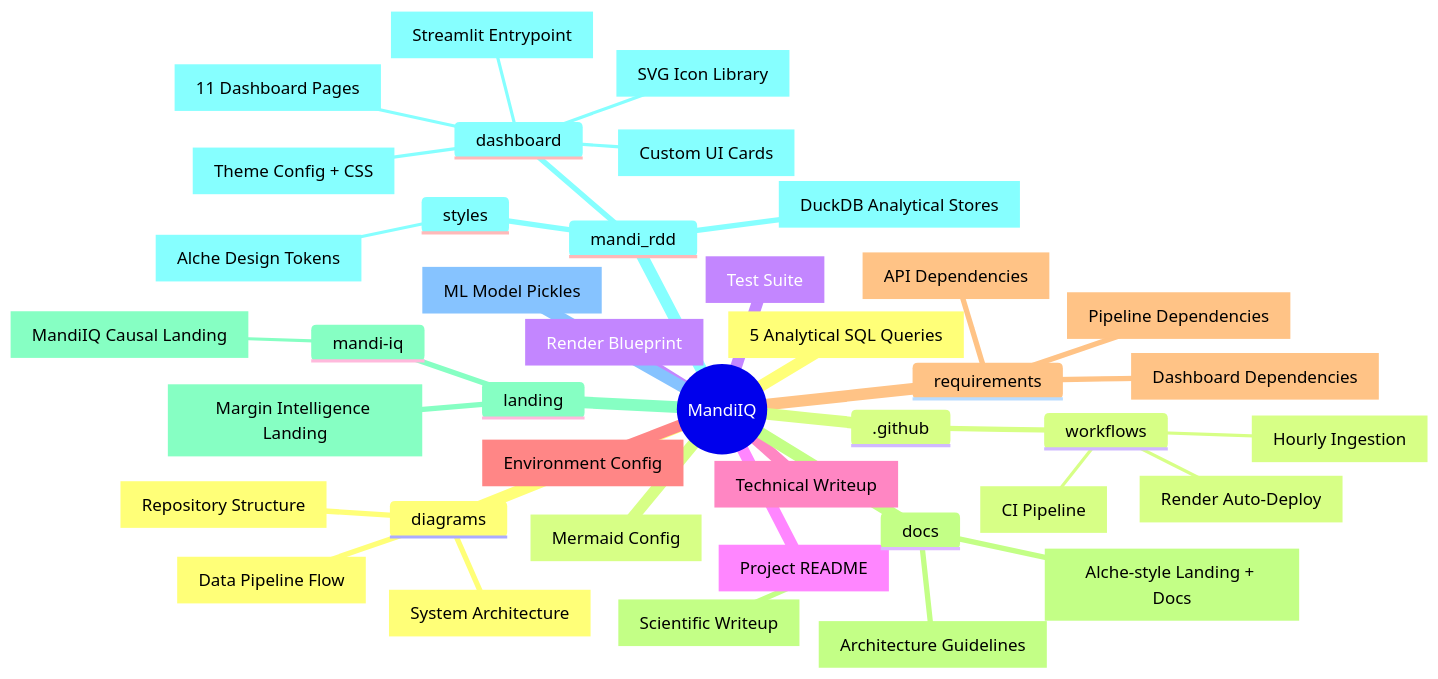
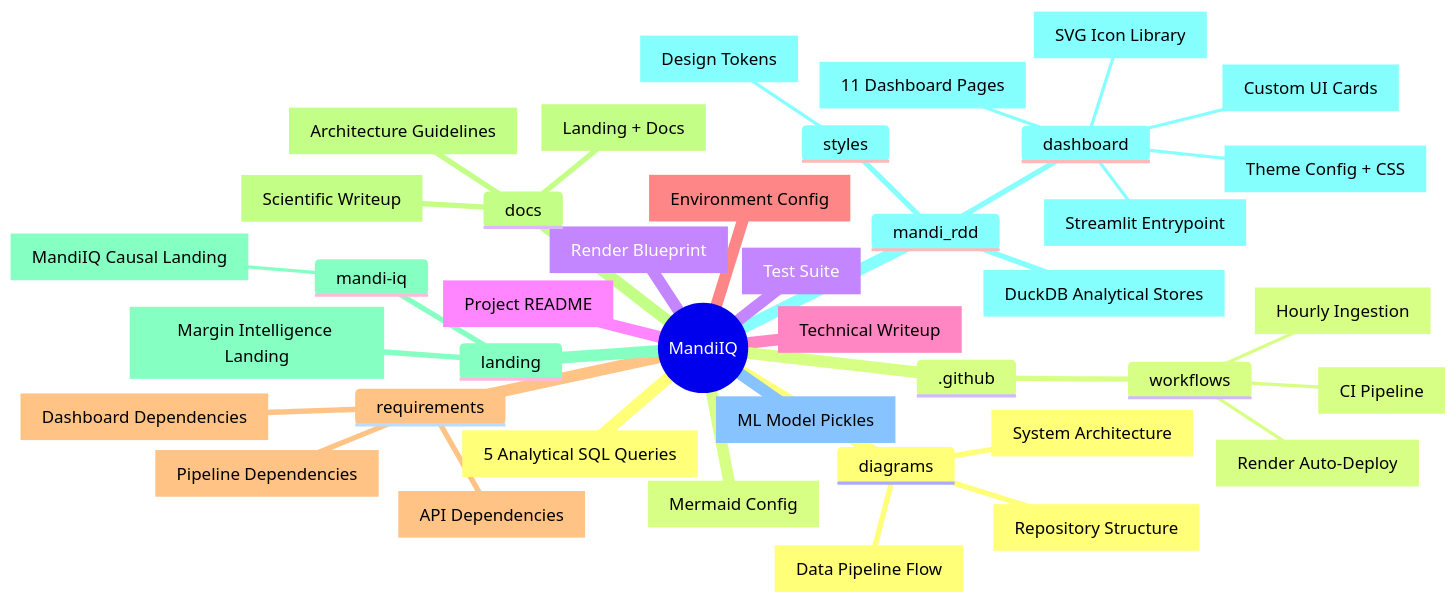
Before and after one commit to flawsom/MandiIQ: the diagram in diagrams/repo-structure.mmd, drawn with Mermaid. The commit also changed other lines of this file and 30 other files, not shown here.

```diff
--- a/diagrams/repo-structure.mmd
+++ b/diagrams/repo-structure.mmd
@@ -1,44 +1,44 @@
 ---
 title: MandiIQ Repository Structure
 ---
 mindmap
   root((MandiIQ))
     diagrams
       architecture.mmd[System Architecture]
       pipeline-flow.mmd[Data Pipeline Flow]
       repo-structure.mmd[Repository Structure]
     mermaid.json[Mermaid Config]
     render.yaml[Render Blueprint]
     README.md[Project README]
     technical-writeup.md[Technical Writeup]
     .env.example[Environment Config]
     requirements
       api.txt[API Dependencies]
       dashboard.txt[Dashboard Dependencies]
       pipeline.txt[Pipeline Dependencies]
     docs
-      index.html[Alche-style Landing + Docs]
+      index.html[Landing + Docs]
       writeup.md[Scientific Writeup]
       system_design.md[Architecture Guidelines]
     landing
       index.html[Margin Intelligence Landing]
       mandi-iq
         index.html[MandiIQ Causal Landing]
     mandi_rdd
       data[DuckDB Analytical Stores]
       styles
-        design.css[Alche Design Tokens]
+        design.css[Design Tokens]
       dashboard
         app.py[Streamlit Entrypoint]
         theme.py[Theme Config + CSS]
         icons.py[SVG Icon Library]
         components.py[Custom UI Cards]
         pages[11 Dashboard Pages]
     models[ML Model Pickles]
     sql[5 Analytical SQL Queries]
     .github
       workflows
         ci.yml[CI Pipeline]
         deploy-render.yml[Render Auto-Deploy]
         nightly-ingest.yml[Hourly Ingestion]
     tests[Test Suite]
```
